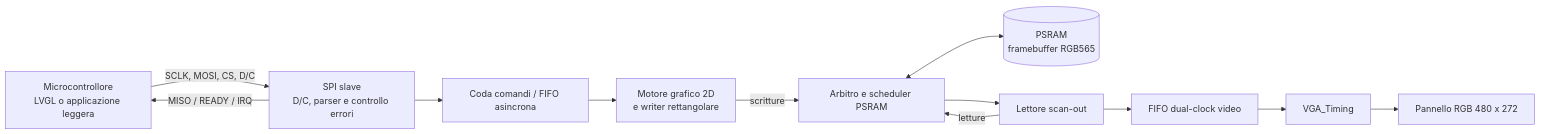
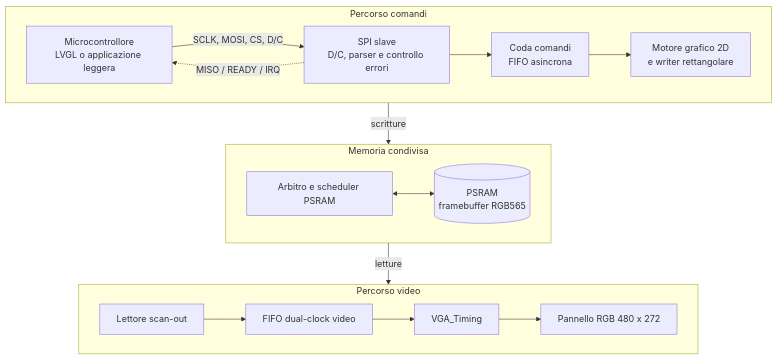
One commit to gcardi/LCD changed the first of 3 diagrams in LVGL_IMPL.md. Above: the diagram before and after it, drawn with Mermaid. The commit also changed other lines of this file and 2 other files, not shown here.

Commit message:
docs: clarify architecture and verification

````diff
--- a/LVGL_IMPL.md
+++ b/LVGL_IMPL.md
@@ -66,23 +93,30 @@
 ```mermaid
-flowchart LR
-    MCU[Microcontrollore<br/>LVGL o applicazione leggera]
-    SPI[SPI slave<br/>D/C, parser e controllo errori]
-    CQ[Coda comandi / FIFO asincrona]
-    GE[Motore grafico 2D<br/>e writer rettangolare]
-    ARB[Arbitro e scheduler PSRAM]
-    RAM[(PSRAM<br/>framebuffer RGB565)]
-    SCAN[Lettore scan-out]
-    VFIFO[FIFO dual-clock video]
-    TIM[VGA_Timing]
-    LCD[Pannello RGB 480 x 272]
+flowchart TD
+    subgraph CMD [Percorso comandi]
+        direction LR
+        MCU[Microcontrollore<br/>LVGL o applicazione leggera]
+        SPI[SPI slave<br/>D/C, parser e controllo errori]
+        CQ[Coda comandi<br/>FIFO asincrona]
+        GE[Motore grafico 2D<br/>e writer rettangolare]
+        MCU -->|SCLK, MOSI, CS, D/C| SPI
+        SPI --> CQ --> GE
+        SPI -.->|MISO / READY / IRQ| MCU
+    end
 
-    MCU -->|SCLK, MOSI, CS, D/C| SPI
-    SPI --> CQ
-    CQ --> GE
+    subgraph MEM [Memoria condivisa]
+        direction LR
+        ARB[Arbitro e scheduler PSRAM] <--> RAM[(PSRAM<br/>framebuffer RGB565)]
+    end
+
+    subgraph VID [Percorso video]
+        direction LR
+        SCAN[Lettore scan-out]
+        VFIFO[FIFO dual-clock video]
+        TIM[VGA_Timing]
+        LCD[Pannello RGB 480 x 272]
+        SCAN --> VFIFO --> TIM --> LCD
+    end
+
     GE -->|scritture| ARB
-    SCAN -->|letture| ARB
-    ARB <--> RAM
-    ARB --> SCAN
-    SCAN --> VFIFO --> TIM --> LCD
-    SPI -->|MISO / READY / IRQ| MCU
+    ARB -->|letture| SCAN
 ```
````
